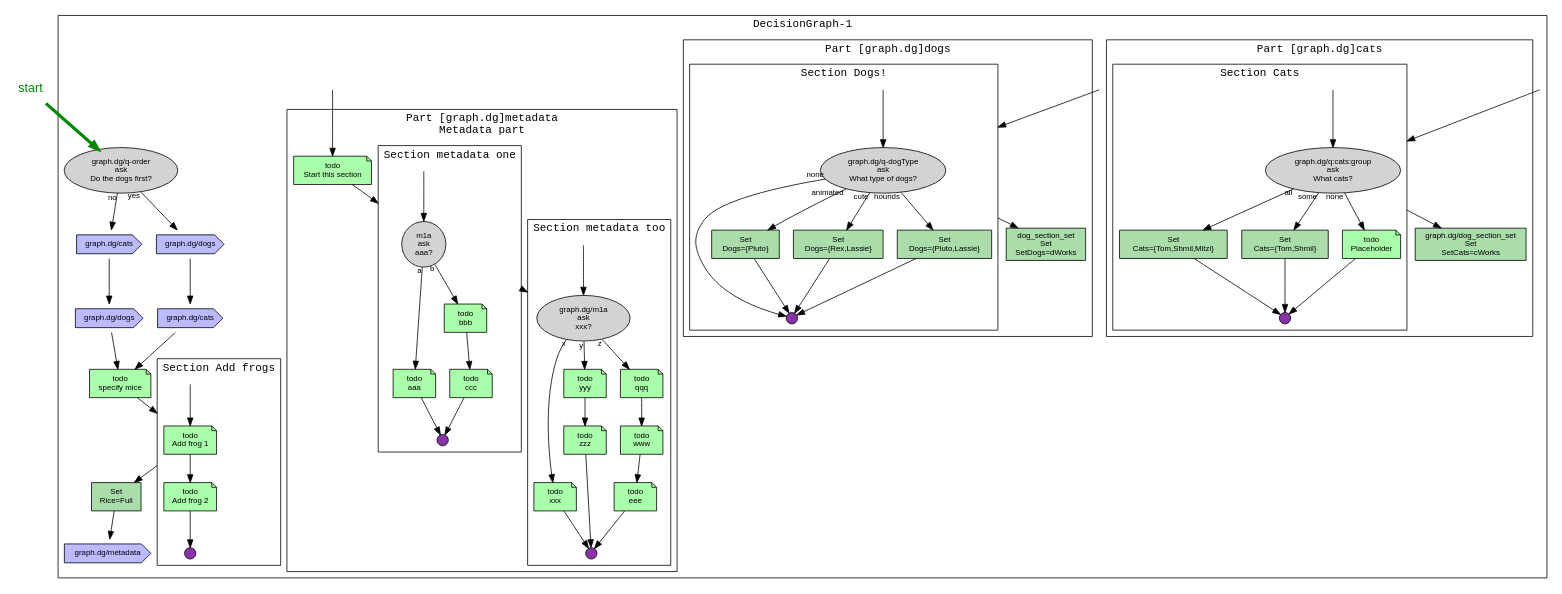
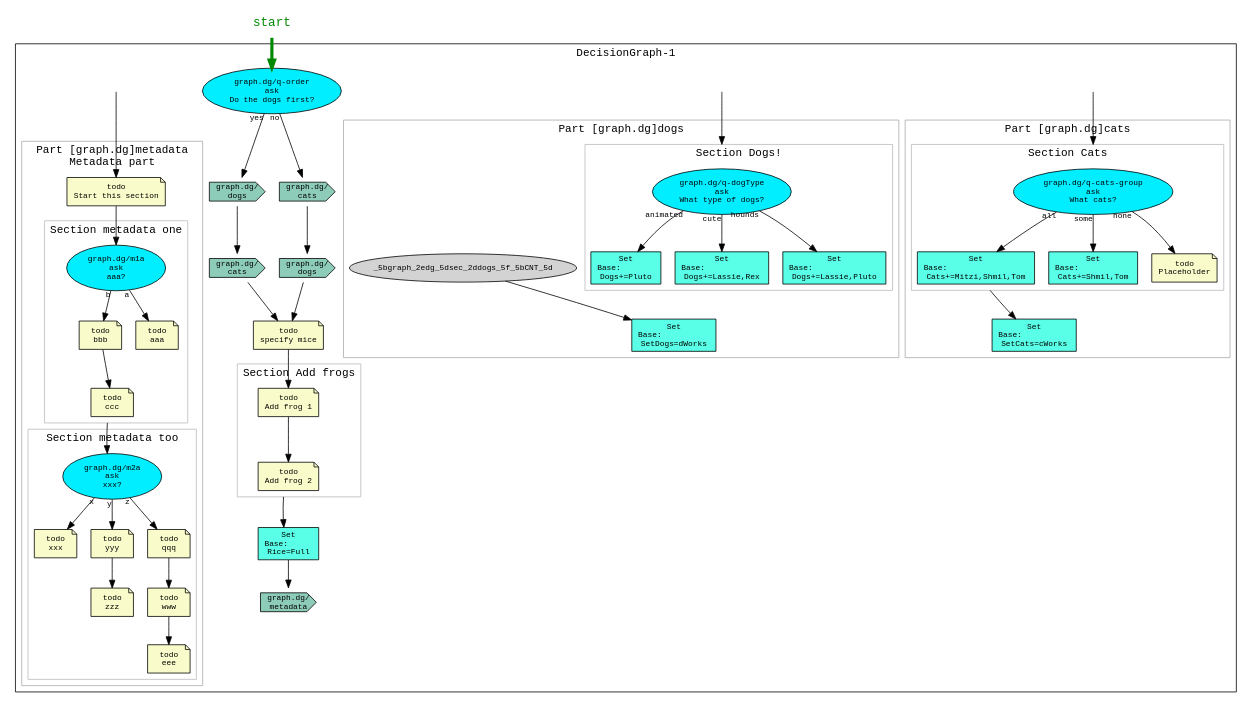
Before and after one commit to IQSS/DataTaggingLibrary: the diagram in WORK/policy-models/section-parts/policy-model.xml.dg.gv, drawn with Graphviz. The commit also changed 12 other files, not shown here.

```diff
--- a/WORK/policy-models/section-parts/policy-model.xml.dg.gv
+++ b/WORK/policy-models/section-parts/policy-model.xml.dg.gv
@@ -1,130 +1,120 @@
 digraph decisionGraph {
-graph [fontname="Courier" concentrate=true compound=true newrank=true]
-edge [fontname="Helvetica" fontsize="10"]
-node [fillcolor="lightgray" style="filled" fontname="Helvetica" fontsize="10"]
+graph [fontname="Courier" concentrate=true compound=true]
+edge [fontname="Courier" fontsize="10"]
+node [fillcolor="lightgray" style="filled" fontname="Courier" fontsize="10"]
 NODE___________START_[ fillcolor="transparent" shape="none" fontcolor="#008800" fontsize="16" label="start" ]
 {rank=source; NODE___________START_}
 subgraph cluster_DecisionGraph_2d1 {
 label="DecisionGraph-1"
-_5bgraph_2edg_5dcats_5f_5f_5bpstart_5d[ fillcolor="transparent" shape="none" width="0.0" label="" height="0.0" ]
-subgraph cluster__5bgraph_2edg_5dcats{
+_5bgraph_2edg_5dcats_5f_5fPART_5fSTART[ fillcolor="transparent" shape="none" width="0.0" label="" height="0.0" ]
+subgraph cluster__5bgraph_2edg_5dcats{ 
 label="Part [graph.dg]cats"
-subgraph cluster__5bgraph_2edg_5dsec_3acats{
+color="#AAAAAA"
+subgraph cluster__5bgraph_2edg_5dsec_2dcats{ 
 label="Section Cats"
-_5bgraph_2edg_5dsec_3acats_5f_5f_5bscstart_5d[ fillcolor="transparent" shape="none" width="0.0" label="" height="0.0" ]
-_5bgraph_2edg_5dq_3acats_3agroup[ shape="oval" label="graph.dg/q:cats:group\nask\nWhat cats?" ]
-_5bgraph_2edg_5d_5b_2313_5d[ fillcolor="#AADDAA" shape="rect" label="Set\nCats=\{Tom,Shmil,Mitzi\}\n" ]
-_5bgraph_2edg_5dsec_3acats_5f_5bCNT_5d[ fillcolor="#8833AA" shape="point" width="0.2" fontcolor="#AAAAAA" label="c" height="0.2" ]
-_5bgraph_2edg_5d_5b_2313_5d -> _5bgraph_2edg_5dsec_3acats_5f_5bCNT_5d
-_5bgraph_2edg_5dq_3acats_3agroup -> _5bgraph_2edg_5d_5b_2313_5d[ taillabel="all" ]
-_5bgraph_2edg_5d_5b_2314_5d[ fillcolor="#AADDAA" shape="rect" label="Set\nCats=\{Tom,Shmil\}\n" ]
-_5bgraph_2edg_5d_5b_2314_5d -> _5bgraph_2edg_5dsec_3acats_5f_5bCNT_5d
-_5bgraph_2edg_5dq_3acats_3agroup -> _5bgraph_2edg_5d_5b_2314_5d[ taillabel="some" ]
-_5bgraph_2edg_5d_5b_2315_5d[ fillcolor="#AAFFAA" shape="note" label="todo\nPlaceholder" ]
-_5bgraph_2edg_5d_5b_2315_5d -> _5bgraph_2edg_5dsec_3acats_5f_5bCNT_5d
-_5bgraph_2edg_5dq_3acats_3agroup -> _5bgraph_2edg_5d_5b_2315_5d[ taillabel="none" ]
+color="#BBBBBB"
+_5bgraph_2edg_5dq_2dcats_2dgroup[ fillcolor="#00EEFF" shape="oval" label="graph.dg/q-cats-group\nask\nWhat cats?" ]
+_5bgraph_2edg_5d_5b_2313_5d[ fillcolor="#59FFE6" shape="rect" label="Set\nBase:\l Cats+=Mitzi,Shmil,Tom" ]
+_5bgraph_2edg_5dq_2dcats_2dgroup -> _5bgraph_2edg_5d_5b_2313_5d[ taillabel="all" ]
+_5bgraph_2edg_5d_5b_2314_5d[ fillcolor="#59FFE6" shape="rect" label="Set\nBase:\l Cats+=Shmil,Tom" ]
+_5bgraph_2edg_5dq_2dcats_2dgroup -> _5bgraph_2edg_5d_5b_2314_5d[ taillabel="some" ]
+_5bgraph_2edg_5d_5b_2315_5d[ fillcolor="#F9FCCA" shape="note" label="todo\nPlaceholder" ]
+_5bgraph_2edg_5dq_2dcats_2dgroup -> _5bgraph_2edg_5d_5b_2315_5d[ taillabel="none" ]
 }
-_5bgraph_2edg_5dsec_3acats_5f_5f_5bscstart_5d -> _5bgraph_2edg_5dq_3acats_3agroup
-_5bgraph_2edg_5ddog_5fsection_5fset[ fillcolor="#AADDAA" shape="rect" label="graph.dg/dog_section_set\nSet\nSetCats=cWorks\n" ]
-_5bgraph_2edg_5dq_3acats_3agroup -> _5bgraph_2edg_5ddog_5fsection_5fset[ ltail="cluster__5bgraph_2edg_5dsec_3acats" ]
+_5bgraph_2edg_5dcat_5fsection_5fset[ fillcolor="#59FFE6" shape="rect" label="Set\nBase:\l SetCats=cWorks" ]
+_5bgraph_2edg_5d_5b_2313_5d -> _5bgraph_2edg_5dcat_5fsection_5fset[ ltail="cluster__5bgraph_2edg_5dsec_2dcats" ]
 }
-_5bgraph_2edg_5dcats_5f_5f_5bpstart_5d -> _5bgraph_2edg_5dq_3acats_3agroup[ lhead="cluster__5bgraph_2edg_5dsec_3acats" ]
-_5bgraph_2edg_5ddogs_5f_5f_5bpstart_5d[ fillcolor="transparent" shape="none" width="0.0" label="" height="0.0" ]
-subgraph cluster__5bgraph_2edg_5ddogs{
+_5bgraph_2edg_5dcats_5f_5fPART_5fSTART -> _5bgraph_2edg_5dq_2dcats_2dgroup[ lhead="cluster__5bgraph_2edg_5dsec_2dcats" ]
+_5bgraph_2edg_5ddogs_5f_5fPART_5fSTART[ fillcolor="transparent" shape="none" width="0.0" label="" height="0.0" ]
+subgraph cluster__5bgraph_2edg_5ddogs{ 
 label="Part [graph.dg]dogs"
-subgraph cluster__5bgraph_2edg_5dsec_3adogs{
+color="#AAAAAA"
+subgraph cluster__5bgraph_2edg_5dsec_2ddogs{ 
 label="Section Dogs!"
-_5bgraph_2edg_5dsec_3adogs_5f_5f_5bscstart_5d[ fillcolor="transparent" shape="none" width="0.0" label="" height="0.0" ]
-_5bgraph_2edg_5dq_2ddogType[ shape="oval" label="graph.dg/q-dogType\nask\nWhat type of dogs?" ]
-_5bgraph_2edg_5dsec_3adogs_5f_5bCNT_5d[ fillcolor="#8833AA" shape="point" width="0.2" fontcolor="#AAAAAA" label="c" height="0.2" ]
-_5bgraph_2edg_5dq_2ddogType -> _5bgraph_2edg_5dsec_3adogs_5f_5bCNT_5d[ taillabel="none" ]
-_5bgraph_2edg_5d_5b_2310_5d[ fillcolor="#AADDAA" shape="rect" label="Set\nDogs=\{Pluto\}\n" ]
-_5bgraph_2edg_5d_5b_2310_5d -> _5bgraph_2edg_5dsec_3adogs_5f_5bCNT_5d
+color="#BBBBBB"
+_5bgraph_2edg_5dq_2ddogType[ fillcolor="#00EEFF" shape="oval" label="graph.dg/q-dogType\nask\nWhat type of dogs?" ]
+_5bgraph_2edg_5d_5b_2310_5d[ fillcolor="#59FFE6" shape="rect" label="Set\nBase:\l Dogs+=Pluto" ]
 _5bgraph_2edg_5dq_2ddogType -> _5bgraph_2edg_5d_5b_2310_5d[ taillabel="animated" ]
-_5bgraph_2edg_5d_5b_2311_5d[ fillcolor="#AADDAA" shape="rect" label="Set\nDogs=\{Rex,Lassie\}\n" ]
-_5bgraph_2edg_5d_5b_2311_5d -> _5bgraph_2edg_5dsec_3adogs_5f_5bCNT_5d
+_5bgraph_2edg_5d_5b_2311_5d[ fillcolor="#59FFE6" shape="rect" label="Set\nBase:\l Dogs+=Lassie,Rex" ]
 _5bgraph_2edg_5dq_2ddogType -> _5bgraph_2edg_5d_5b_2311_5d[ taillabel="cute" ]
-_5bgraph_2edg_5d_5b_2312_5d[ fillcolor="#AADDAA" shape="rect" label="Set\nDogs=\{Pluto,Lassie\}\n" ]
-_5bgraph_2edg_5d_5b_2312_5d -> _5bgraph_2edg_5dsec_3adogs_5f_5bCNT_5d
+_5bgraph_2edg_5d_5b_2312_5d[ fillcolor="#59FFE6" shape="rect" label="Set\nBase:\l Dogs+=Lassie,Pluto" ]
 _5bgraph_2edg_5dq_2ddogType -> _5bgraph_2edg_5d_5b_2312_5d[ taillabel="hounds" ]
 }
-_5bgraph_2edg_5dsec_3adogs_5f_5f_5bscstart_5d -> _5bgraph_2edg_5dq_2ddogType
-dog_5fsection_5fset[ fillcolor="#AADDAA" shape="rect" label="dog_section_set\nSet\nSetDogs=dWorks\n" ]
-_5bgraph_2edg_5dq_2ddogType -> dog_5fsection_5fset[ ltail="cluster__5bgraph_2edg_5dsec_3adogs" ]
+_5bgraph_2edg_5ddog_5fsection_5fset[ fillcolor="#59FFE6" shape="rect" label="Set\nBase:\l SetDogs=dWorks" ]
+_5bgraph_2edg_5dsec_2ddogs_5f_5bCNT_5d -> _5bgraph_2edg_5ddog_5fsection_5fset[ ltail="cluster__5bgraph_2edg_5dsec_2ddogs" ]
 }
-_5bgraph_2edg_5ddogs_5f_5f_5bpstart_5d -> _5bgraph_2edg_5dq_2ddogType[ lhead="cluster__5bgraph_2edg_5dsec_3adogs" ]
-_5bgraph_2edg_5dq_2dorder[ shape="oval" label="graph.dg/q-order\nask\nDo the dogs first?" ]
-_5bgraph_2edg_5d_5b_231_5d[ fillcolor="#BBBBFF" shape="cds" label="graph.dg/dogs" ]
-_5bgraph_2edg_5d_5b_232_5d[ fillcolor="#BBBBFF" shape="cds" label="graph.dg/cats" ]
-_5bgraph_2edg_5d_5b_235_5d[ fillcolor="#AAFFAA" shape="note" label="todo\nspecify mice" ]
-subgraph cluster__5bgraph_2edg_5dsec_2dfrogs{
+_5bgraph_2edg_5ddogs_5f_5fPART_5fSTART -> _5bgraph_2edg_5dq_2ddogType[ lhead="cluster__5bgraph_2edg_5dsec_2ddogs" ]
+_5bgraph_2edg_5dq_2dorder[ fillcolor="#00EEFF" shape="oval" label="graph.dg/q-order\nask\nDo the dogs first?" ]
+_5bgraph_2edg_5d_5b_231_5d[ fillcolor="#8DCCB8" shape="cds" label="graph.dg/\ndogs" ]
+_5bgraph_2edg_5d_5b_232_5d[ fillcolor="#8DCCB8" shape="cds" label="graph.dg/\ncats" ]
+_5bgraph_2edg_5d_5b_235_5d[ fillcolor="#F9FCCA" shape="note" label="todo\nspecify mice" ]
+subgraph cluster__5bgraph_2edg_5dsec_2dfrogs{ 
 label="Section Add frogs"
-_5bgraph_2edg_5dsec_2dfrogs_5f_5f_5bscstart_5d[ fillcolor="transparent" shape="none" width="0.0" label="" height="0.0" ]
-_5bgraph_2edg_5d_5b_236_5d[ fillcolor="#AAFFAA" shape="note" label="todo\nAdd frog 1" ]
-_5bgraph_2edg_5d_5b_237_5d[ fillcolor="#AAFFAA" shape="note" label="todo\nAdd frog 2" ]
-_5bgraph_2edg_5dsec_2dfrogs_5f_5bCNT_5d[ fillcolor="#8833AA" shape="point" width="0.2" fontcolor="#AAAAAA" label="c" height="0.2" ]
-_5bgraph_2edg_5d_5b_237_5d -> _5bgraph_2edg_5dsec_2dfrogs_5f_5bCNT_5d
+color="#BBBBBB"
+_5bgraph_2edg_5d_5b_236_5d[ fillcolor="#F9FCCA" shape="note" label="todo\nAdd frog 1" ]
+_5bgraph_2edg_5d_5b_237_5d[ fillcolor="#F9FCCA" shape="note" label="todo\nAdd frog 2" ]
 _5bgraph_2edg_5d_5b_236_5d -> _5bgraph_2edg_5d_5b_237_5d
 }
-_5bgraph_2edg_5dsec_2dfrogs_5f_5f_5bscstart_5d -> _5bgraph_2edg_5d_5b_236_5d
-_5bgraph_2edg_5d_5b_238_5d[ fillcolor="#AADDAA" shape="rect" label="Set\nRice=Full\n" ]
-_5bgraph_2edg_5d_5b_239_5d[ fillcolor="#BBBBFF" shape="cds" label="graph.dg/metadata" ]
+_5bgraph_2edg_5d_5b_238_5d[ fillcolor="#59FFE6" shape="rect" label="Set\nBase:\l Rice=Full" ]
+_5bgraph_2edg_5d_5b_239_5d[ fillcolor="#8DCCB8" shape="cds" label="graph.dg/\nmetadata" ]
 _5bgraph_2edg_5d_5b_238_5d -> _5bgraph_2edg_5d_5b_239_5d
-_5bgraph_2edg_5d_5b_236_5d -> _5bgraph_2edg_5d_5b_238_5d[ ltail="cluster__5bgraph_2edg_5dsec_2dfrogs" ]
-_5bgraph_2edg_5d_5b_235_5d -> _5bgraph_2edg_5d_5b_236_5d[ lhead="cluster__5bgraph_2edg_5dsec_2dfrogs" ]
+_5bgraph_2edg_5d_5b_237_5d -> _5bgraph_2edg_5d_5b_238_5d[ ltail="cluster__5bgraph_2edg_5dsec_2dfrogs" ]
+_5bgraph_2edg_5d_5b_235_5d -> _5bgraph_2edg_5d_5b_236_5d[ lhead="cluster__5bgraph_2edg_5d_5b_236_5d" ]
 _5bgraph_2edg_5d_5b_232_5d -> _5bgraph_2edg_5d_5b_235_5d
 _5bgraph_2edg_5d_5b_231_5d -> _5bgraph_2edg_5d_5b_232_5d
 _5bgraph_2edg_5dq_2dorder -> _5bgraph_2edg_5d_5b_231_5d[ taillabel="yes" ]
-_5bgraph_2edg_5d_5b_233_5d[ fillcolor="#BBBBFF" shape="cds" label="graph.dg/cats" ]
-_5bgraph_2edg_5d_5b_234_5d[ fillcolor="#BBBBFF" shape="cds" label="graph.dg/dogs" ]
+_5bgraph_2edg_5d_5b_233_5d[ fillcolor="#8DCCB8" shape="cds" label="graph.dg/\ncats" ]
+_5bgraph_2edg_5d_5b_234_5d[ fillcolor="#8DCCB8" shape="cds" label="graph.dg/\ndogs" ]
 _5bgraph_2edg_5d_5b_234_5d -> _5bgraph_2edg_5d_5b_235_5d
 _5bgraph_2edg_5d_5b_233_5d -> _5bgraph_2edg_5d_5b_234_5d
 _5bgraph_2edg_5dq_2dorder -> _5bgraph_2edg_5d_5b_233_5d[ taillabel="no" ]
-_5bgraph_2edg_5dmetadata_5f_5f_5bpstart_5d[ fillcolor="transparent" shape="none" width="0.0" label="" height="0.0" ]
-subgraph cluster__5bgraph_2edg_5dmetadata{
+_5bgraph_2edg_5dmetadata_5f_5fPART_5fSTART[ fillcolor="transparent" shape="none" width="0.0" label="" height="0.0" ]
+subgraph cluster__5bgraph_2edg_5dmetadata{ 
 label="Part [graph.dg]metadata\nMetadata part"
-_5bgraph_2edg_5d_5b_2316_5d[ fillcolor="#AAFFAA" shape="note" label="todo\nStart this section" ]
-subgraph cluster__5bgraph_2edg_5dsec_3am1{
+color="#AAAAAA"
+_5bgraph_2edg_5d_5b_2316_5d[ fillcolor="#F9FCCA" shape="note" label="todo\nStart this section" ]
+subgraph cluster__5bgraph_2edg_5dsec_2dm1{ 
 label="Section metadata one"
-_5bgraph_2edg_5dsec_3am1_5f_5f_5bscstart_5d[ fillcolor="transparent" shape="none" width="0.0" label="" height="0.0" ]
-m1a[ shape="oval" label="m1a\nask\naaa?" ]
-_5bgraph_2edg_5d_5b_2317_5d[ fillcolor="#AAFFAA" shape="note" label="todo\naaa" ]
-_5bgraph_2edg_5dsec_3am1_5f_5bCNT_5d[ fillcolor="#8833AA" shape="point" width="0.2" fontcolor="#AAAAAA" label="c" height="0.2" ]
-_5bgraph_2edg_5d_5b_2317_5d -> _5bgraph_2edg_5dsec_3am1_5f_5bCNT_5d
-m1a -> _5bgraph_2edg_5d_5b_2317_5d[ taillabel="a" ]
-_5bgraph_2edg_5d_5b_2318_5d[ fillcolor="#AAFFAA" shape="note" label="todo\nbbb" ]
-_5bgraph_2edg_5d_5b_2319_5d[ fillcolor="#AAFFAA" shape="note" label="todo\nccc" ]
-_5bgraph_2edg_5d_5b_2319_5d -> _5bgraph_2edg_5dsec_3am1_5f_5bCNT_5d
+color="#BBBBBB"
+_5bgraph_2edg_5dm1a[ fillcolor="#00EEFF" shape="oval" label="graph.dg/m1a\nask\naaa?" ]
+_5bgraph_2edg_5d_5b_2317_5d[ fillcolor="#F9FCCA" shape="note" label="todo\naaa" ]
+_5bgraph_2edg_5dm1a -> _5bgraph_2edg_5d_5b_2317_5d[ taillabel="a" ]
+_5bgraph_2edg_5d_5b_2318_5d[ fillcolor="#F9FCCA" shape="note" label="todo\nbbb" ]
+_5bgraph_2edg_5d_5b_2319_5d[ fillcolor="#F9FCCA" shape="note" label="todo\nccc" ]
 _5bgraph_2edg_5d_5b_2318_5d -> _5bgraph_2edg_5d_5b_2319_5d
-m1a -> _5bgraph_2edg_5d_5b_2318_5d[ taillabel="b" ]
+_5bgraph_2edg_5dm1a -> _5bgraph_2edg_5d_5b_2318_5d[ taillabel="b" ]
 }
-_5bgraph_2edg_5dsec_3am1_5f_5f_5bscstart_5d -> m1a
-subgraph cluster__5bgraph_2edg_5dsec_3am2{
+subgraph cluster__5bgraph_2edg_5dsec_2dm2{ 
 label="Section metadata too"
-_5bgraph_2edg_5dsec_3am2_5f_5f_5bscstart_5d[ fillcolor="transparent" shape="none" width="0.0" label="" height="0.0" ]
-_5bgraph_2edg_5dm1a[ shape="oval" label="graph.dg/m1a\nask\nxxx?" ]
-_5bgraph_2edg_5d_5b_2320_5d[ fillcolor="#AAFFAA" shape="note" label="todo\nxxx" ]
-_5bgraph_2edg_5dsec_3am2_5f_5bCNT_5d[ fillcolor="#8833AA" shape="point" width="0.2" fontcolor="#AAAAAA" label="c" height="0.2" ]
-_5bgraph_2edg_5d_5b_2320_5d -> _5bgraph_2edg_5dsec_3am2_5f_5bCNT_5d
-_5bgraph_2edg_5dm1a -> _5bgraph_2edg_5d_5b_2320_5d[ taillabel="x" ]
-_5bgraph_2edg_5d_5b_2321_5d[ fillcolor="#AAFFAA" shape="note" label="todo\nyyy" ]
-_5bgraph_2edg_5d_5b_2322_5d[ fillcolor="#AAFFAA" shape="note" label="todo\nzzz" ]
-_5bgraph_2edg_5d_5b_2322_5d -> _5bgraph_2edg_5dsec_3am2_5f_5bCNT_5d
+color="#BBBBBB"
+_5bgraph_2edg_5dm2a[ fillcolor="#00EEFF" shape="oval" label="graph.dg/m2a\nask\nxxx?" ]
+_5bgraph_2edg_5d_5b_2320_5d[ fillcolor="#F9FCCA" shape="note" label="todo\nxxx" ]
+_5bgraph_2edg_5dm2a -> _5bgraph_2edg_5d_5b_2320_5d[ taillabel="x" ]
+_5bgraph_2edg_5d_5b_2321_5d[ fillcolor="#F9FCCA" shape="note" label="todo\nyyy" ]
+_5bgraph_2edg_5d_5b_2322_5d[ fillcolor="#F9FCCA" shape="note" label="todo\nzzz" ]
 _5bgraph_2edg_5d_5b_2321_5d -> _5bgraph_2edg_5d_5b_2322_5d
-_5bgraph_2edg_5dm1a -> _5bgraph_2edg_5d_5b_2321_5d[ taillabel="y" ]
-_5bgraph_2edg_5d_5b_2323_5d[ fillcolor="#AAFFAA" shape="note" label="todo\nqqq" ]
-_5bgraph_2edg_5d_5b_2324_5d[ fillcolor="#AAFFAA" shape="note" label="todo\nwww" ]
-_5bgraph_2edg_5d_5b_2325_5d[ fillcolor="#AAFFAA" shape="note" label="todo\neee" ]
-_5bgraph_2edg_5d_5b_2325_5d -> _5bgraph_2edg_5dsec_3am2_5f_5bCNT_5d
+_5bgraph_2edg_5dm2a -> _5bgraph_2edg_5d_5b_2321_5d[ taillabel="y" ]
+_5bgraph_2edg_5d_5b_2323_5d[ fillcolor="#F9FCCA" shape="note" label="todo\nqqq" ]
+_5bgraph_2edg_5d_5b_2324_5d[ fillcolor="#F9FCCA" shape="note" label="todo\nwww" ]
+_5bgraph_2edg_5d_5b_2325_5d[ fillcolor="#F9FCCA" shape="note" label="todo\neee" ]
 _5bgraph_2edg_5d_5b_2324_5d -> _5bgraph_2edg_5d_5b_2325_5d
 _5bgraph_2edg_5d_5b_2323_5d -> _5bgraph_2edg_5d_5b_2324_5d
-_5bgraph_2edg_5dm1a -> _5bgraph_2edg_5d_5b_2323_5d[ taillabel="z" ]
+_5bgraph_2edg_5dm2a -> _5bgraph_2edg_5d_5b_2323_5d[ taillabel="z" ]
 }
-_5bgraph_2edg_5dsec_3am2_5f_5f_5bscstart_5d -> _5bgraph_2edg_5dm1a
-m1a -> _5bgraph_2edg_5dm1a[ ltail="cluster__5bgraph_2edg_5dsec_3am1" lhead="cluster__5bgraph_2edg_5dsec_3am2" ]
-_5bgraph_2edg_5d_5b_2316_5d -> m1a[ lhead="cluster__5bgraph_2edg_5dsec_3am1" ]
+_5bgraph_2edg_5d_5b_2319_5d -> _5bgraph_2edg_5dm2a[ ltail="cluster__5bgraph_2edg_5dsec_2dm1" lhead="cluster__5bgraph_2edg_5dm2a" ]
+_5bgraph_2edg_5d_5b_2316_5d -> _5bgraph_2edg_5dm1a[ lhead="cluster__5bgraph_2edg_5dm1a" ]
 }
-_5bgraph_2edg_5dmetadata_5f_5f_5bpstart_5d -> _5bgraph_2edg_5d_5b_2316_5d
+_5bgraph_2edg_5dmetadata_5f_5fPART_5fSTART -> _5bgraph_2edg_5d_5b_2316_5d
+edge [style=invis]
+_5bgraph_2edg_5d_5b_2313_5d -> _5bgraph_2edg_5dcat_5fsection_5fset
+_5bgraph_2edg_5d_5b_2314_5d -> _5bgraph_2edg_5dcat_5fsection_5fset
+_5bgraph_2edg_5d_5b_2310_5d -> _5bgraph_2edg_5ddog_5fsection_5fset
+_5bgraph_2edg_5d_5b_2312_5d -> _5bgraph_2edg_5ddog_5fsection_5fset
+_5bgraph_2edg_5d_5b_2315_5d -> _5bgraph_2edg_5dcat_5fsection_5fset
+_5bgraph_2edg_5d_5b_2317_5d -> _5bgraph_2edg_5dm2a[ lhead="cluster__5bgraph_2edg_5dm2a" ]
+_5bgraph_2edg_5d_5b_237_5d -> _5bgraph_2edg_5d_5b_238_5d
+_5bgraph_2edg_5d_5b_2319_5d -> _5bgraph_2edg_5dm2a[ lhead="cluster__5bgraph_2edg_5dm2a" ]
+_5bgraph_2edg_5d_5b_2311_5d -> _5bgraph_2edg_5ddog_5fsection_5fset
 }
 NODE___________START_ -> _5bgraph_2edg_5dq_2dorder[ penwidth="4.0" color="#008800" ]
 }
```
